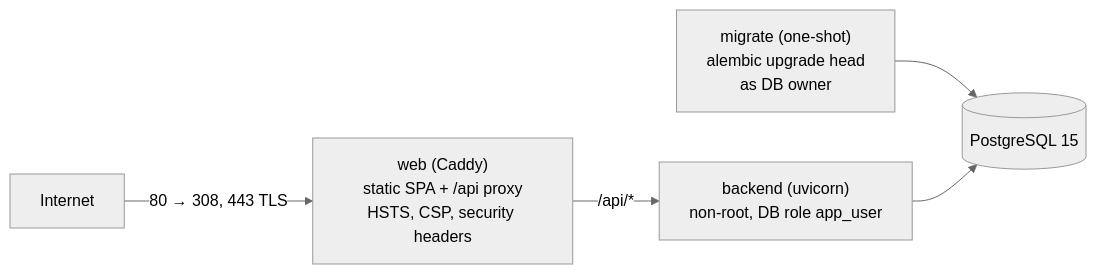
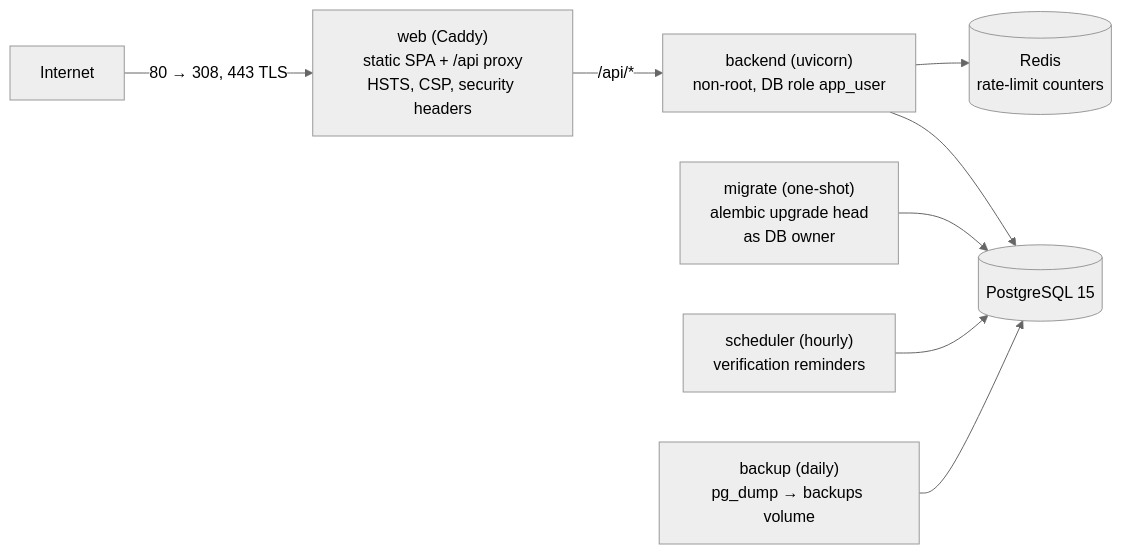
One commit to DarkyGr/Saving-Access changed the fourth of 4 diagrams in ARCHITECTURE.md. Above: the diagram before and after it, drawn with Mermaid (neutral theme). The commit also changed other lines of this file and 43 other files, not shown here.

First line of the commit message:
feat: react-router v7, Redis rate limits, automated backups and verification reminders

````diff
--- a/ARCHITECTURE.md
+++ b/ARCHITECTURE.md
@@ -330,7 +331,10 @@
 ```mermaid
 graph LR
     Internet -- "80 → 308, 443 TLS" --> Caddy["web (Caddy)<br/>static SPA + /api proxy<br/>HSTS, CSP, security headers"]
     Caddy -- "/api/*" --> API["backend (uvicorn)<br/>non-root, DB role app_user"]
     Migrate["migrate (one-shot)<br/>alembic upgrade head<br/>as DB owner"] --> PG[(PostgreSQL 15)]
     API --> PG
+    API --> Redis[(Redis<br/>rate-limit counters)]
+    Scheduler["scheduler (hourly)<br/>verification reminders"] --> PG
+    Backup["backup (daily)<br/>pg_dump → backups volume"] --> PG
 ```
````
